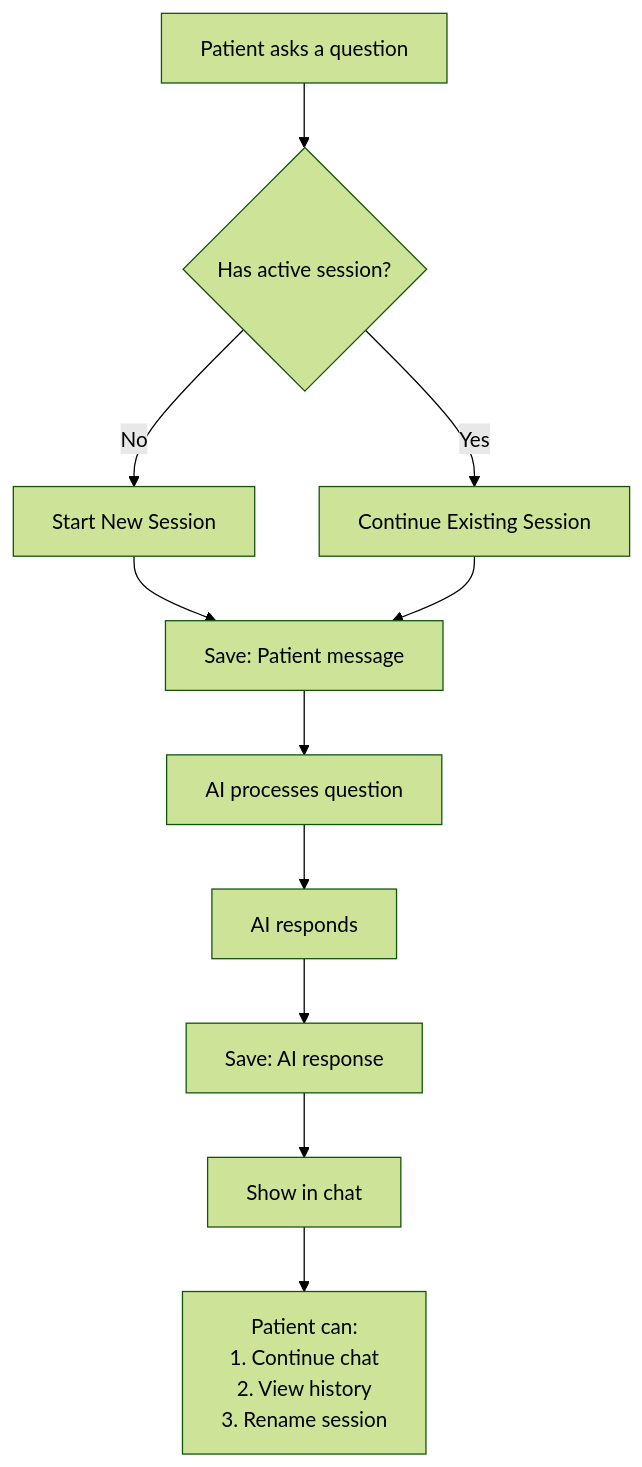
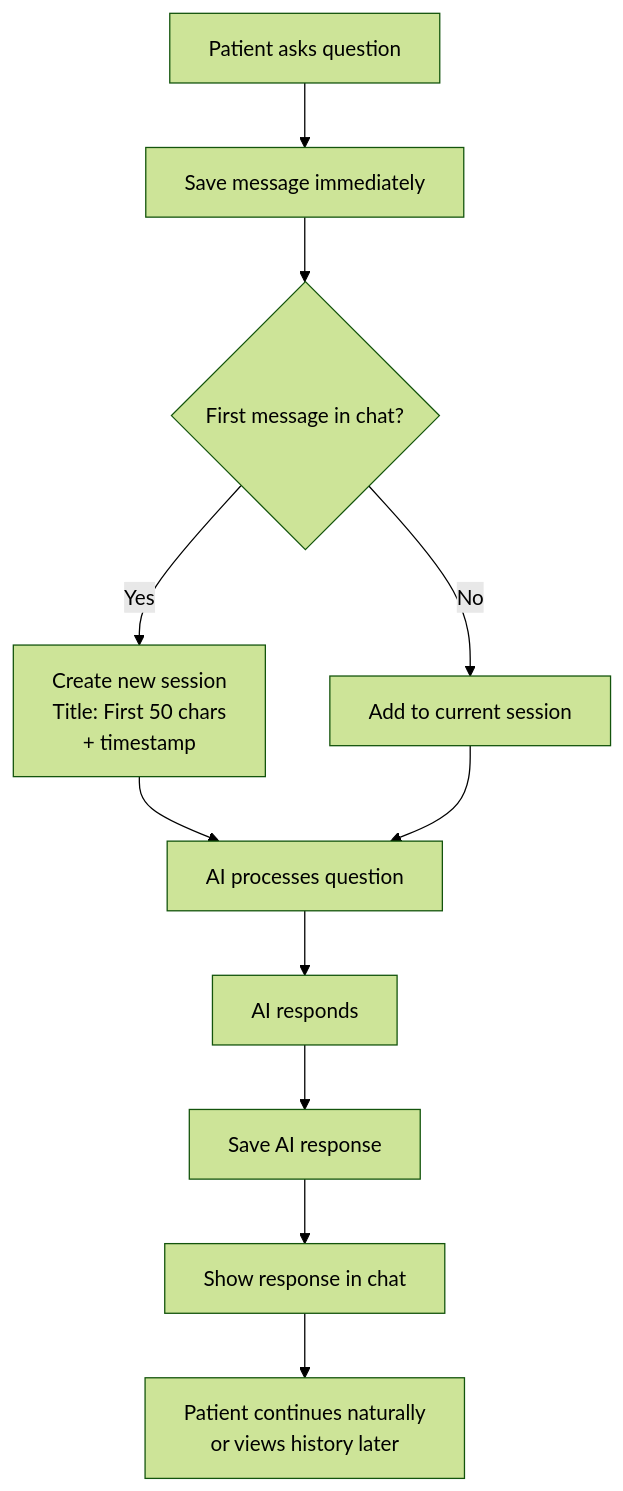
Before and after one commit to Abdallah-A-Raafat/Nuralhealer: the first of 4 diagrams in backend/backend/docs/api/AI Chat History.md, drawn with Mermaid (forest theme). The commit also changed other lines of this file and 13 other files, not shown here.

First line of the commit message:
Release v2.0.0: AI chat history & docs all md files are uptodate

````diff
--- a/backend/backend/docs/api/AI Chat History.md
+++ b/backend/backend/docs/api/AI Chat History.md
@@ -35,16 +35,17 @@
 ```mermaid
 flowchart TD
-    A[Patient asks a question] --> B{Has active session?}
+    A[Patient asks question] --> B[Save message immediately]
+    B --> C{First message in chat?}
     
-    B -- No --> C[Start New Session]
-    C --> D[Save: Patient message]
-    D --> E[AI processes question]
-    E --> F[AI responds]
-    F --> G[Save: AI response]
-    G --> H[Show in chat]
+    C -- Yes --> D[Create new session<br>Title: First 50 chars<br>+ timestamp]
+    C -- No --> E[Add to current session]
     
-    B -- Yes --> I[Continue Existing Session]
-    I --> D
+    D --> F[AI processes question]
+    E --> F
     
-    H --> J[Patient can:<br>1. Continue chat<br>2. View history<br>3. Rename session]
+    F --> G[AI responds]
+    G --> H[Save AI response]
+    H --> I[Show response in chat]
+    
+    I --> J[Patient continues naturally<br>or views history later]
 ```
````
